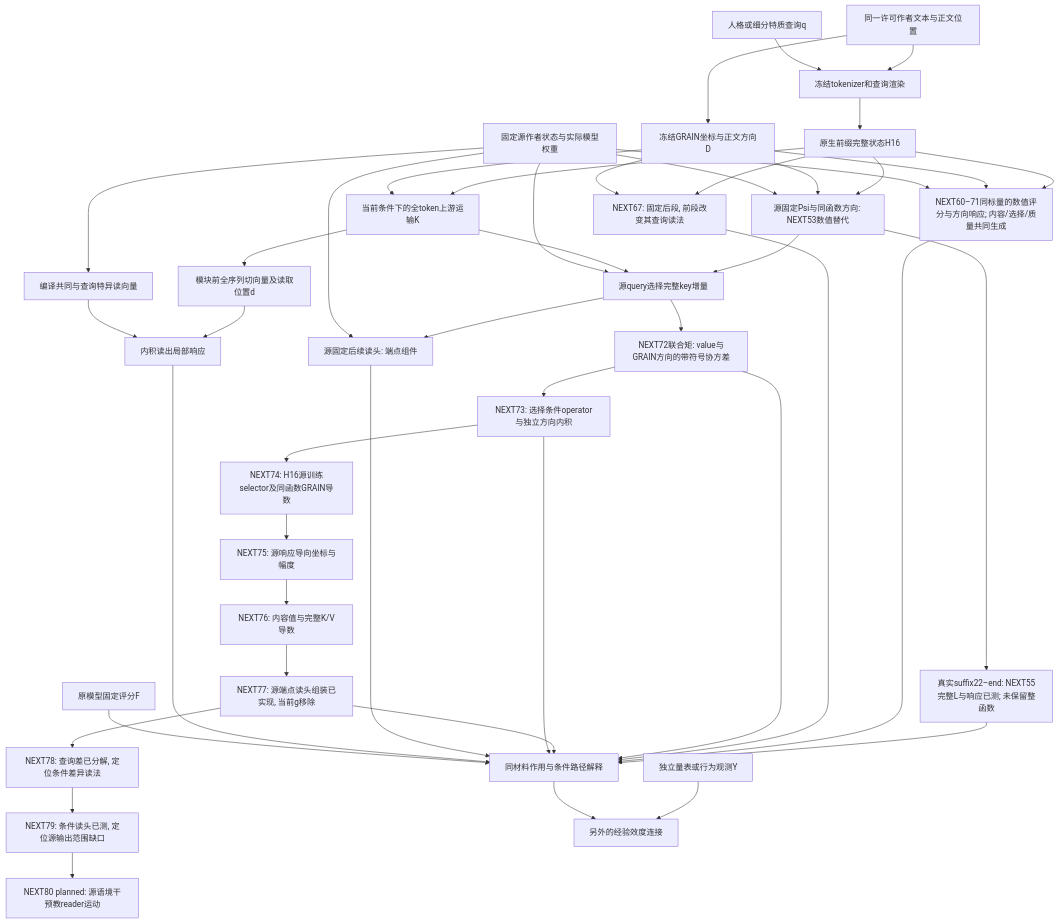
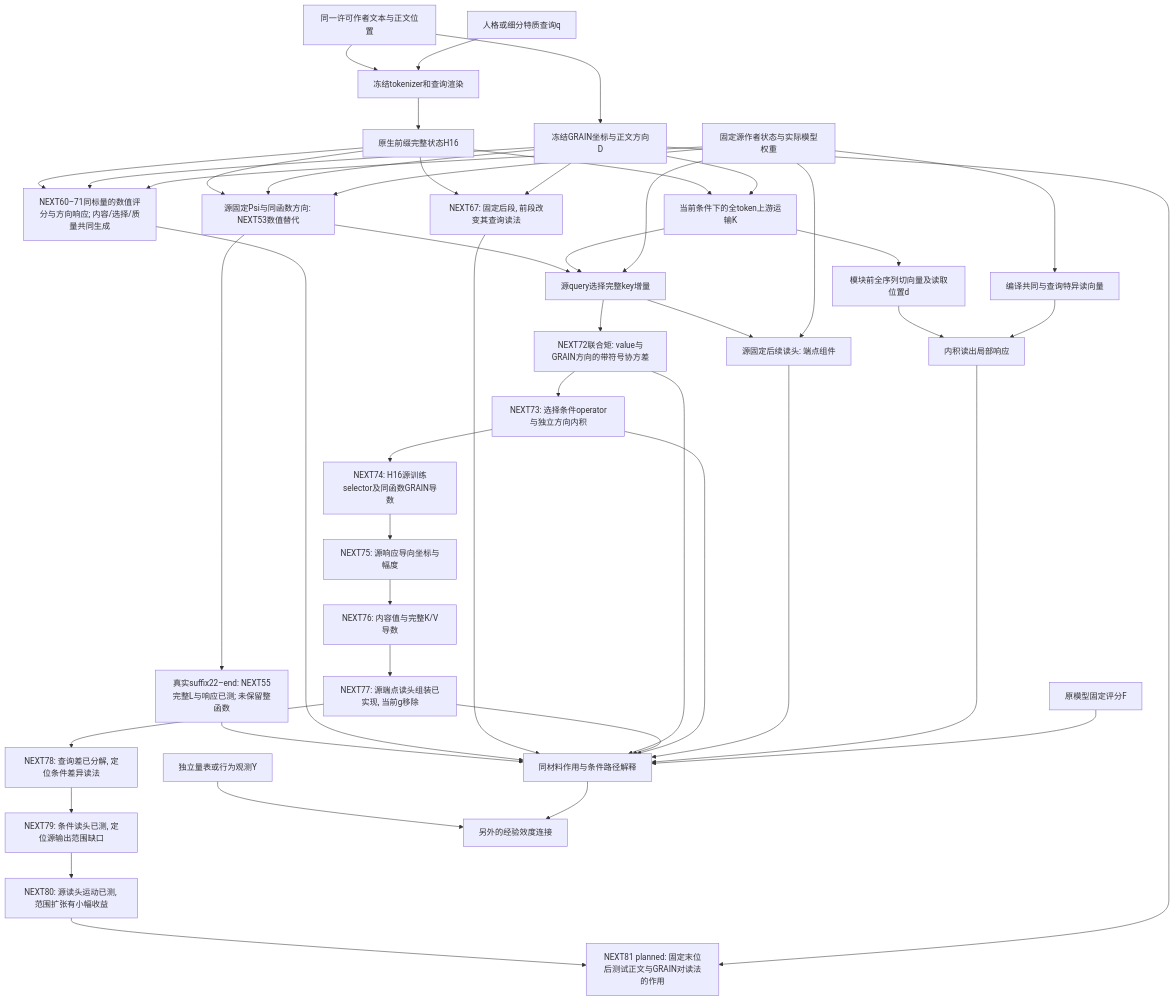
One commit to reiserhhh/GRAIN changed the diagram in docs/GRAIN_UPSTREAM_MECHANISM_INTEGRATION_V1.md. Above: the diagram before and after it, drawn with Mermaid. The commit also changed other lines of this file and 20 other files, not shown here.

````diff
--- a/docs/GRAIN_UPSTREAM_MECHANISM_INTEGRATION_V1.md
+++ b/docs/GRAIN_UPSTREAM_MECHANISM_INTEGRATION_V1.md
@@ -8,47 +8,49 @@
 ```mermaid
 flowchart TD
   T[同一许可作者文本与正文位置] --> G[冻结GRAIN坐标与正文方向D]
   T --> R[冻结tokenizer和查询渲染]
   Q[人格或细分特质查询q] --> R
   R --> H[原生前缀完整状态H16]
   H --> K[当前条件下的全token上游运输K]
   H --> P[源固定Psi与同函数方向: NEXT53数值替代]
   G --> P
   S --> P
   P --> U
   P --> W[真实suffix22–end: NEXT55完整L与响应已测; 未保留整函数]
   W --> J
   H --> Z[NEXT60–71同标量的数值评分与方向响应; 内容/选择/质量共同生成]
   G --> Z
   S --> Z
   Z --> J
   H --> I[NEXT67: 固定后段, 前段改变其查询读法]
   G --> I
   I --> J
   G --> K
   K --> D[模块前全序列切向量及读取位置d]
   S[固定源作者状态与实际模型权重] --> V[编译共同与查询特异读向量]
   D --> A[内积读出局部响应]
   V --> A
   K --> U[源query选择完整key增量]
   S --> U
   U --> M[NEXT72联合矩: value与GRAIN方向的带符号协方差]
   M --> J
   M --> O[NEXT73: 选择条件operator与独立方向内积]
   O --> P74[NEXT74: H16源训练selector及同函数GRAIN导数]
   P74 --> P75[NEXT75: 源响应导向坐标与幅度]
   P75 --> P76[NEXT76: 内容值与完整K/V导数]
   P76 --> P77[NEXT77: 源端点读头组装已实现, 当前g移除]
   P77 --> J
   P77 --> P78[NEXT78: 查询差已分解, 定位条件差异读法]
   P78 --> P79[NEXT79: 条件读头已测, 定位源输出范围缺口]
-  P79 --> P80[NEXT80 planned: 源语境干预教reader运动]
+  P79 --> P80[NEXT80: 源读头运动已测, 范围扩张有小幅收益]
+  P80 --> P81[NEXT81 planned: 固定末位后测试正文与GRAIN对读法的作用]
+  G --> P81
   O --> J
   U --> C[源固定后续读头: 端点组件]
   S --> C
   C --> J
   A --> J[同材料作用与条件路径解释]
   F[原模型固定评分F] --> J
   Y[独立量表或行为观测Y] --> E[另外的经验效度连接]
   J --> E
 ```
````
